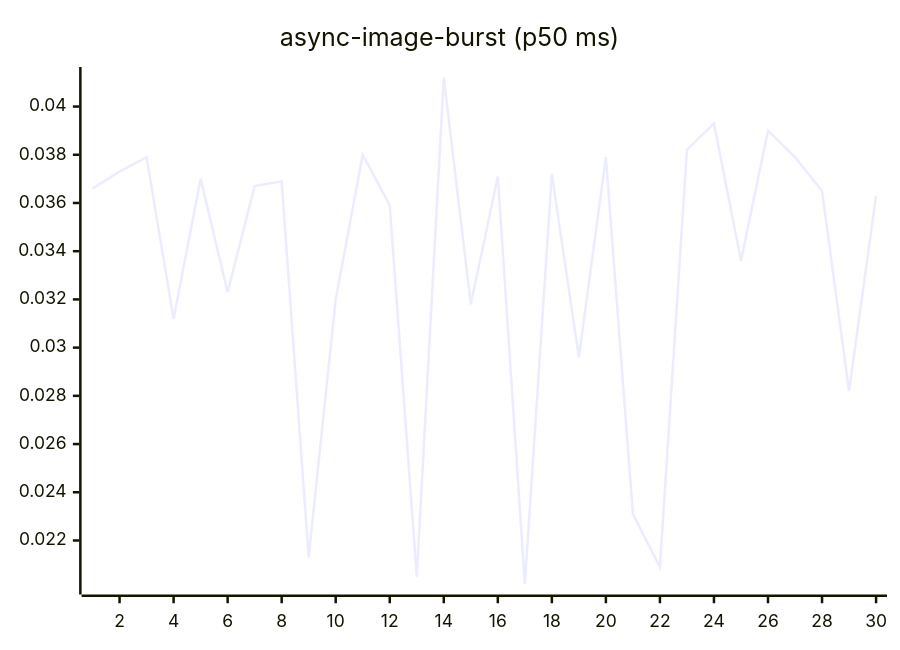
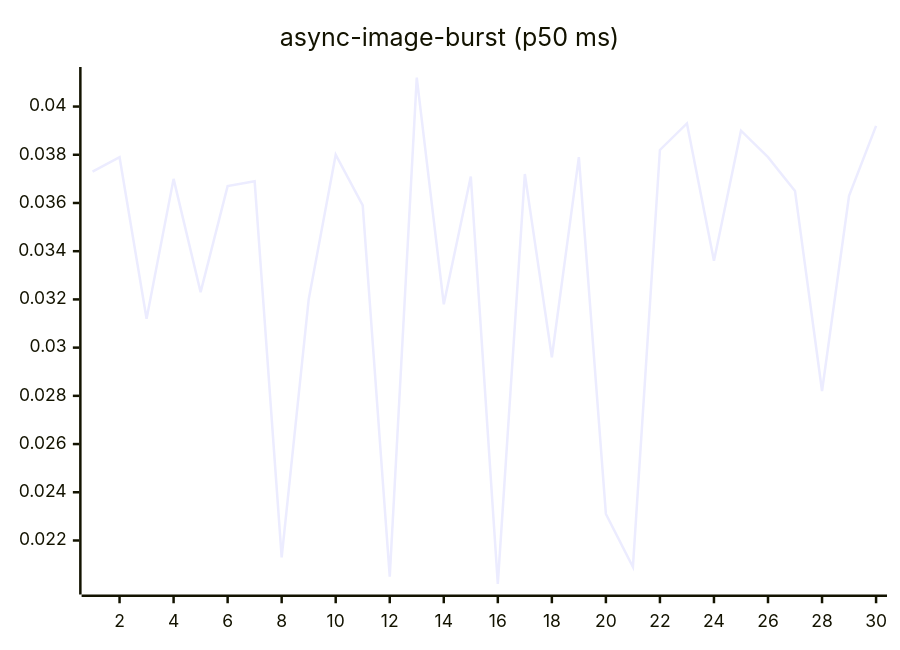
One commit to josha/Facet changed the fourth of 27 diagrams in README.md. Above: the diagram before and after it, drawn with Mermaid. The commit also changed other lines of this file and 2 other files, not shown here.

````diff
--- a/README.md
+++ b/README.md
@@ -84,6 +84,6 @@
 ```mermaid
 xychart-beta
     title "async-image-burst (p50 ms)"
     x-axis 1 --> 30
-    line [0.0366, 0.0373, 0.0379, 0.0312, 0.0370, 0.0323, 0.0367, 0.0369, 0.0213, 0.0320, 0.0380, 0.0359, 0.0205, 0.0412, 0.0318, 0.0371, 0.0202, 0.0372, 0.0296, 0.0379, 0.0231, 0.0209, 0.0382, 0.0393, 0.0336, 0.0390, 0.0379, 0.0365, 0.0282, 0.0363]
+    line [0.0373, 0.0379, 0.0312, 0.0370, 0.0323, 0.0367, 0.0369, 0.0213, 0.0320, 0.0380, 0.0359, 0.0205, 0.0412, 0.0318, 0.0371, 0.0202, 0.0372, 0.0296, 0.0379, 0.0231, 0.0209, 0.0382, 0.0393, 0.0336, 0.0390, 0.0379, 0.0365, 0.0282, 0.0363, 0.0392]
 ```
````
